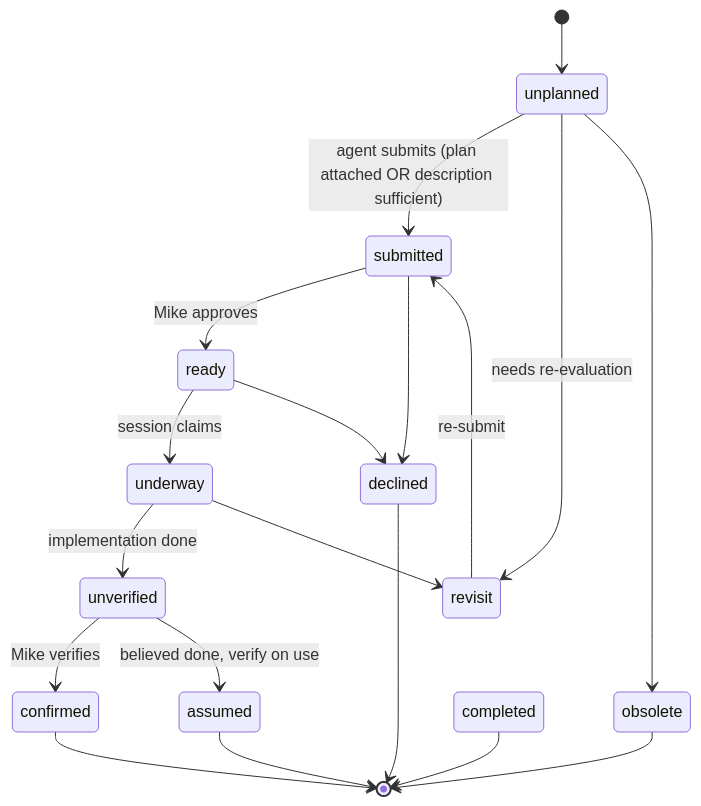
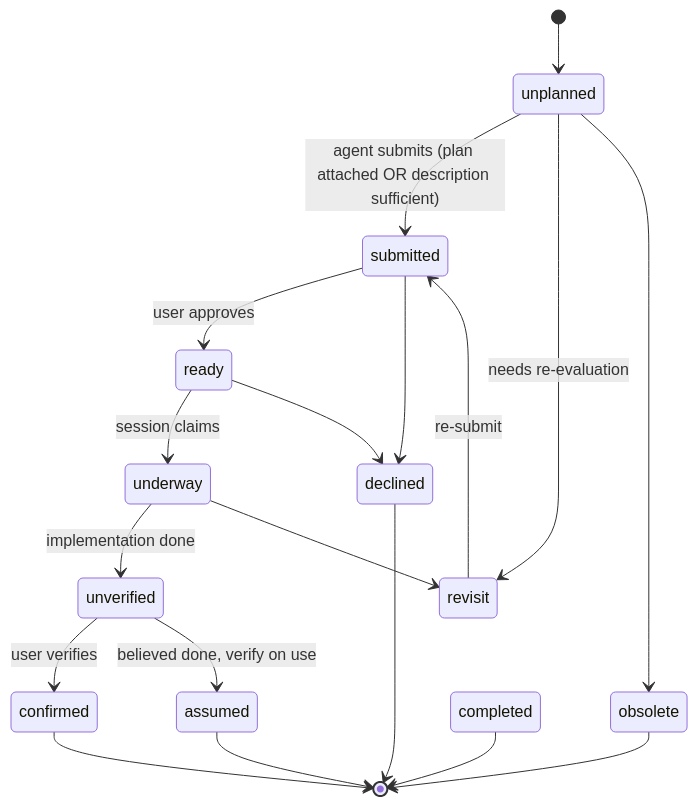
One commit to mikeschinkel/endless changed the diagram in docs/status-lifecycle.mmd. Above: the diagram before and after it, drawn with Mermaid. The commit also changed 3 other files, not shown here.

First line of the commit message:
E-1648: mermaid lifecycle labels say "user", not "Mike"

```diff
--- a/docs/status-lifecycle.mmd
+++ b/docs/status-lifecycle.mmd
@@ -1,29 +1,29 @@
 %% Canonical task status lifecycle — single source of truth.
 %% Embedded (byte-identical) in README.md, CLAUDE.md, and docs/guide/index.md
 %% between <!-- BEGIN canonical:docs/status-lifecycle.mmd --> / <!-- END ... -->
 %% markers. Edit HERE, then re-sync the copies (tests/tasks/e-1648-verify.sh
 %% asserts they match). Blocking is a relation (blocked_by), not a state, so it
 %% is intentionally absent.
 stateDiagram-v2
     [*] --> unplanned
 
     unplanned --> submitted: agent submits (plan attached OR description sufficient)
-    submitted --> ready: Mike approves
+    submitted --> ready: user approves
     ready --> underway: session claims
     underway --> unverified: implementation done
-    unverified --> confirmed: Mike verifies
+    unverified --> confirmed: user verifies
     unverified --> assumed: believed done, verify on use
 
     confirmed --> [*]
     assumed --> [*]
 
     unplanned --> revisit: needs re-evaluation
     underway --> revisit
     revisit --> submitted: re-submit
 
     submitted --> declined
     ready --> declined
     unplanned --> obsolete
     declined --> [*]
     obsolete --> [*]
     completed --> [*]
```
